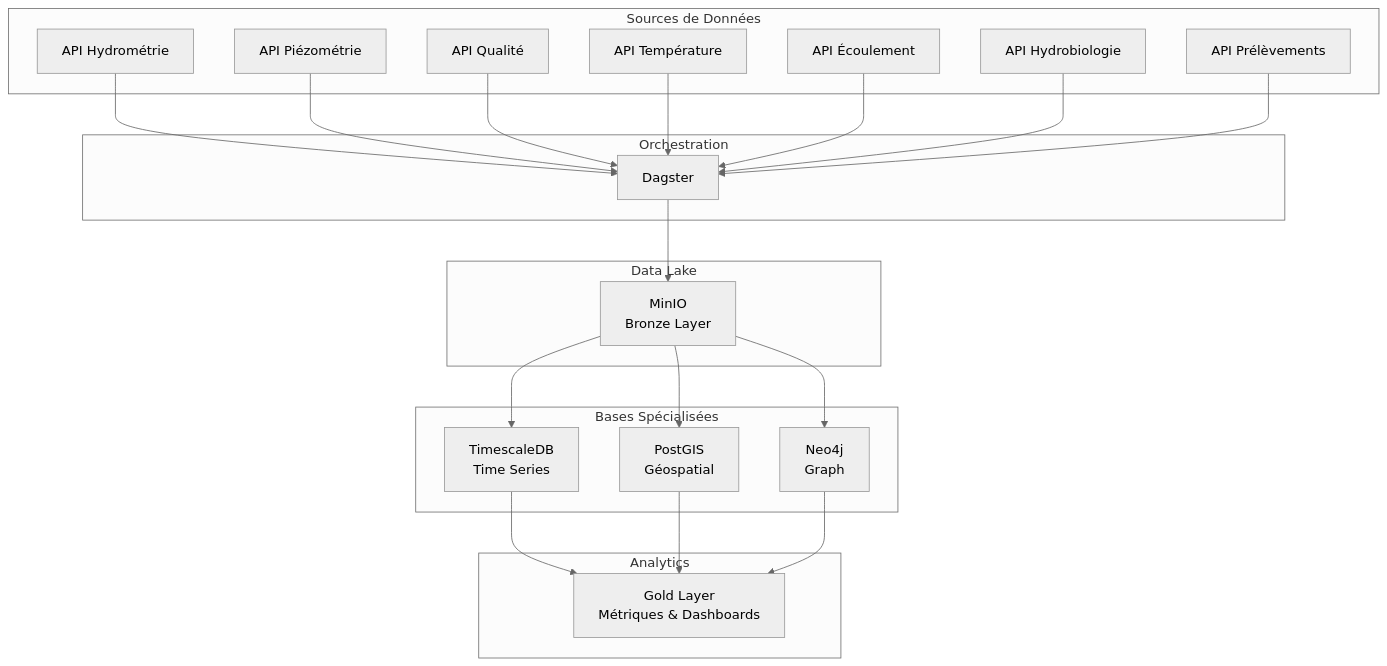
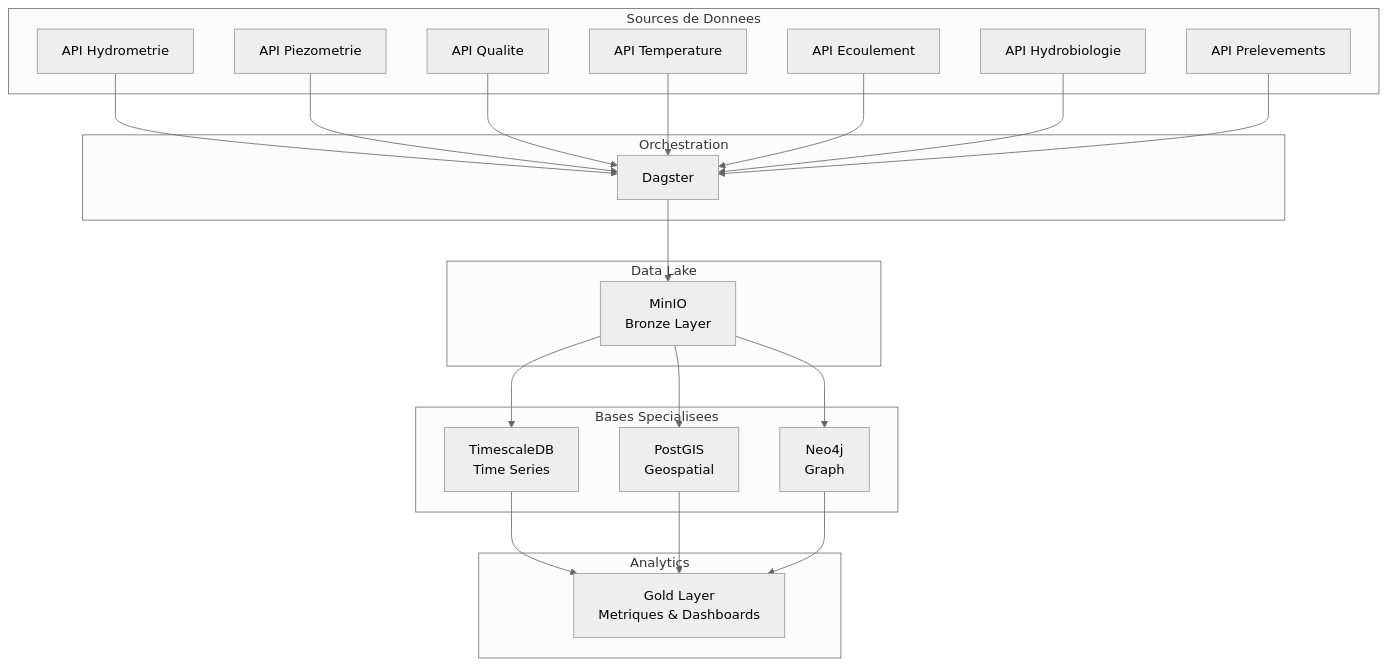
The first of 4 diagrams in docs/ARCHITECTURE_MODERNE.md (xairon/hubeau_data_integration), drawn with Mermaid (neutral theme) before and after one commit. The commit also changed other lines of this file, not shown here.

First line of the commit message:
fix: Correction syntaxe diagrammes Mermaid ARCHITECTURE_MODERNE.md

````diff
--- a/docs/ARCHITECTURE_MODERNE.md
+++ b/docs/ARCHITECTURE_MODERNE.md
@@ -5,47 +5,47 @@
 ```mermaid
 graph TB
-    subgraph "Sources de Données"
-        H1[API Hydrométrie]
-        H2[API Piézométrie]
-        H3[API Qualité]
-        H4[API Température]
-        H5[API Écoulement]
-        H6[API Hydrobiologie]
-        H7[API Prélèvements]
+    subgraph Sources["Sources de Donnees"]
+        H1["API Hydrometrie"]
+        H2["API Piezometrie"]
+        H3["API Qualite"]
+        H4["API Temperature"]
+        H5["API Ecoulement"]
+        H6["API Hydrobiologie"]
+        H7["API Prelevements"]
     end
     
-    subgraph "Orchestration"
-        DAG[Dagster]
+    subgraph Orchestration["Orchestration"]
+        DAG["Dagster"]
     end
     
-    subgraph "Data Lake"
-        MINIO[MinIO<br/>Bronze Layer]
+    subgraph DataLake["Data Lake"]
+        MINIO["MinIO<br/>Bronze Layer"]
     end
     
-    subgraph "Bases Spécialisées"
-        TS[TimescaleDB<br/>Time Series]
-        PG[PostGIS<br/>Géospatial]
-        NEO[Neo4j<br/>Graph]
+    subgraph Bases["Bases Specialisees"]
+        TS["TimescaleDB<br/>Time Series"]
+        PG["PostGIS<br/>Geospatial"]
+        NEO["Neo4j<br/>Graph"]
     end
     
-    subgraph "Analytics"
-        GOLD[Gold Layer<br/>Métriques & Dashboards]
+    subgraph Analytics["Analytics"]
+        GOLD["Gold Layer<br/>Metriques & Dashboards"]
     end
     
     H1 --> DAG
     H2 --> DAG
     H3 --> DAG
     H4 --> DAG
     H5 --> DAG
     H6 --> DAG
     H7 --> DAG
     
     DAG --> MINIO
     MINIO --> TS
     MINIO --> PG
     MINIO --> NEO
     
     TS --> GOLD
     PG --> GOLD
     NEO --> GOLD
 ```
````
